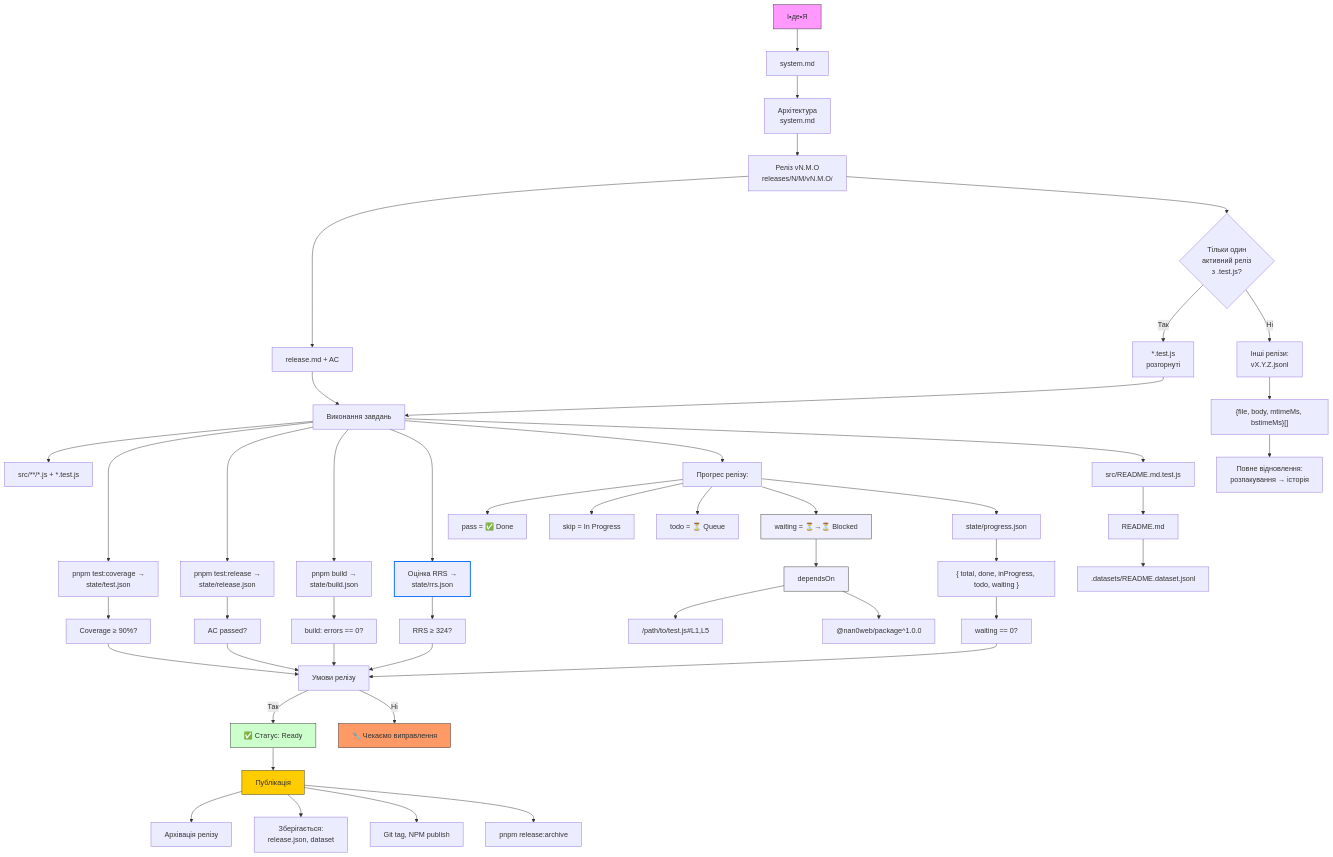
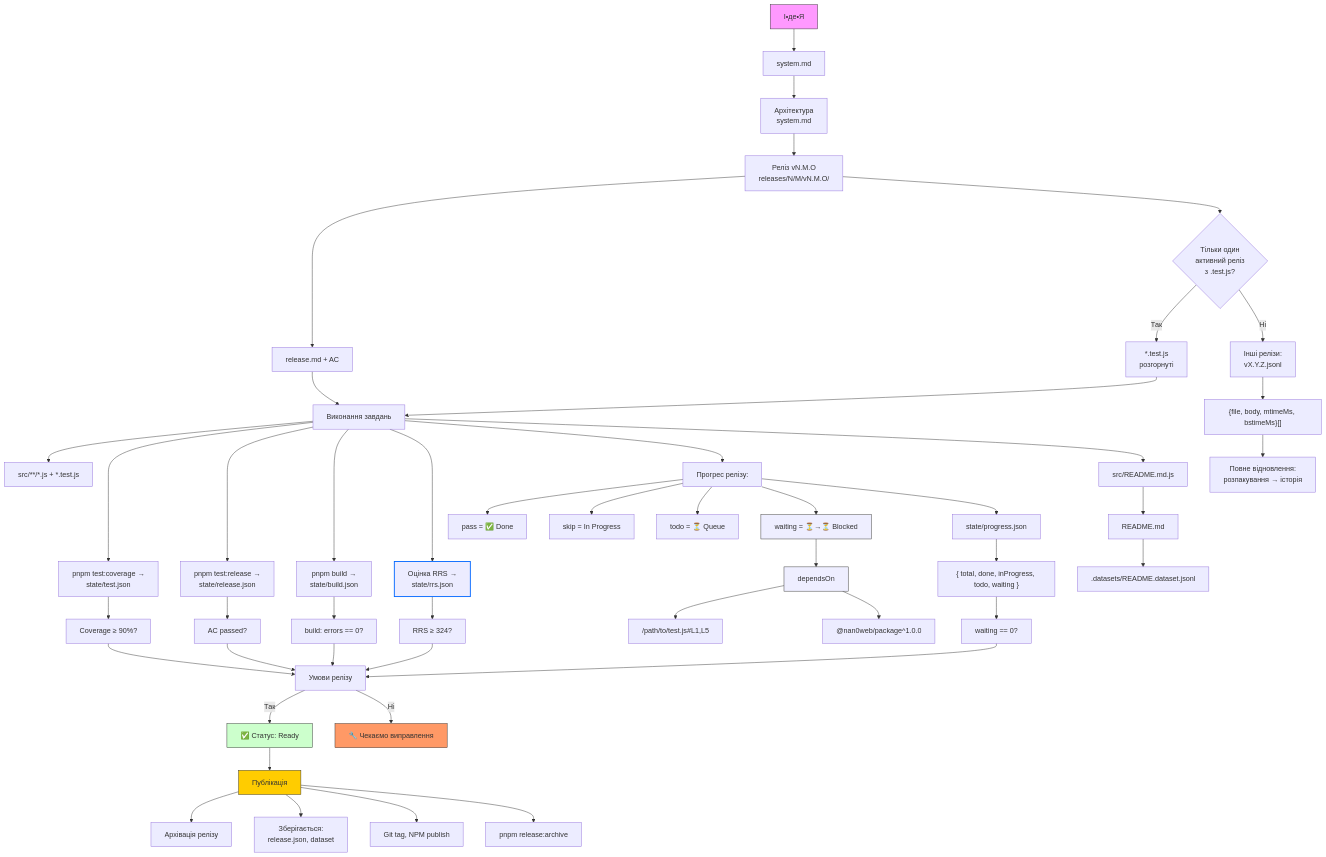
One commit to nan0web/release changed the second of 2 diagrams in system.md. Above: the diagram before and after it, drawn with Mermaid. The commit also changed other lines of this file and 44 other files, not shown here.

````diff
--- a/system.md
+++ b/system.md
@@ -180,69 +180,69 @@
 ```mermaid
 flowchart TD
     A[І•де•Я] --> B[system.md]
     B --> C[Архітектура<br>system.md]
     C --> D[Реліз vN.M.O<br>releases/N/M/vN.M.O/]
     D --> E[release.md + AC]
     D --> F{Тільки один<br>активний реліз<br>з .test.js?}
     F -->|Так| G[*.test.js<br>розгорнуті]
     F -->|Ні| H[Інші релізи:<br>vX.Y.Z.jsonl]
     H --> I["{file, body, mtimeMs, bstimeMs}[]"]
     I --> J[Повне відновлення:<br>розпакування → історія]
 
     E --> K[Виконання завдань]
     G --> K
     K --> L[src/**/*.js + *.test.js]
     K --> M[pnpm test:coverage →<br>state/test.json]
     K --> N[pnpm test:release →<br>state/release.json]
     K --> O[pnpm build →<br>state/build.json]
     K --> P1[Оцінка RRS →<br>state/rrs.json]
 
     %% Прогрес %%
     K --> P[Прогрес релізу:]
     P --> Q["pass = ✅ Done"]
     P --> R["skip =  In Progress"]
     P --> S["todo =  ⏳ Queue"]
     P --> T["waiting =  ⏳→⏳ Blocked"]
     P --> U[state/progress.json]
     U --> V["{ total, done, inProgress, todo, waiting }"]
     
     %% Залежності %%
     T --> W[dependsOn]
     W --> X["/path/to/test.js#L1,L5"]
     W --> Y["@nan0web/package^1.0.0"]
 
     %% Документація %%
-    K --> Z[src/README.md.test.js]
+    K --> Z[src/README.md.js]
     Z --> AA[README.md]
     AA --> AB[.datasets/README.dataset.jsonl]
 
     %% Перевірка станів %%
     M --> AC[Coverage ≥ 90%?]
     N --> AD[AC passed?]
     O --> AE[build: errors == 0?]
     P1 --> AF[RRS ≥ 324?]
     V --> AG[waiting == 0?]
     
     %% Рішення про реліз %%
     AC --> AH[Умови релізу]
     AD --> AH
     AE --> AH
     AF --> AH
     AG --> AH
     AH -->|Так| AI[✅ Статус: Ready]
     AH -->|Ні| AJ[🔧 Чекаємо виправлення]
     
     AI --> AK[Публікація]
     AK --> AL[Архівація релізу]
     AK --> AM[Зберігається:<br>release.json, dataset]
     AK --> AN[Git tag, NPM publish]
     AK --> AO[pnpm release:archive]
 
     style A fill:#f9f,stroke:#333
     style AI fill:#cfc,stroke:#333
     style AJ fill:#f96,stroke:#333
     style AK fill:#ffcc00,stroke:#333
     style T fill:#eef,stroke:#333
     style W fill:#eef,stroke:#333
     style P1 stroke:#06f,stroke-width:2px
 ```
````
